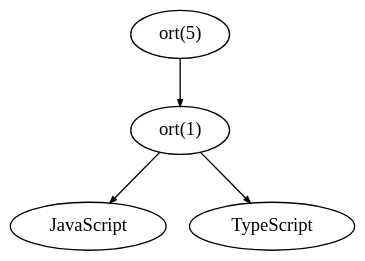
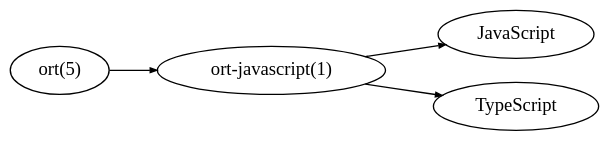
The diagram in index-fig5.dot (kristapsdz/openradtool), drawn with Graphviz before and after one commit. The commit also changed 12 other files, not shown here.

```diff
--- a/index-fig5.dot
+++ b/index-fig5.dot
@@ -1,16 +1,17 @@
 
 digraph {
 	edge [arrowsize="0.5";];
 	bgcolor="transparent";
+	rankdir="LR";
 
 	cfg[label="ort(5)"];
-	bin[label="ort(1)"];
+	bin[label="ort-javascript(1)"];
 	js[label="JavaScript"];
 	ts[label="TypeScript"];
 
 	cfg -> bin;
 	bin -> js;
 	bin -> ts;
 
 	{ rank=same; js; ts; }
 }
```
